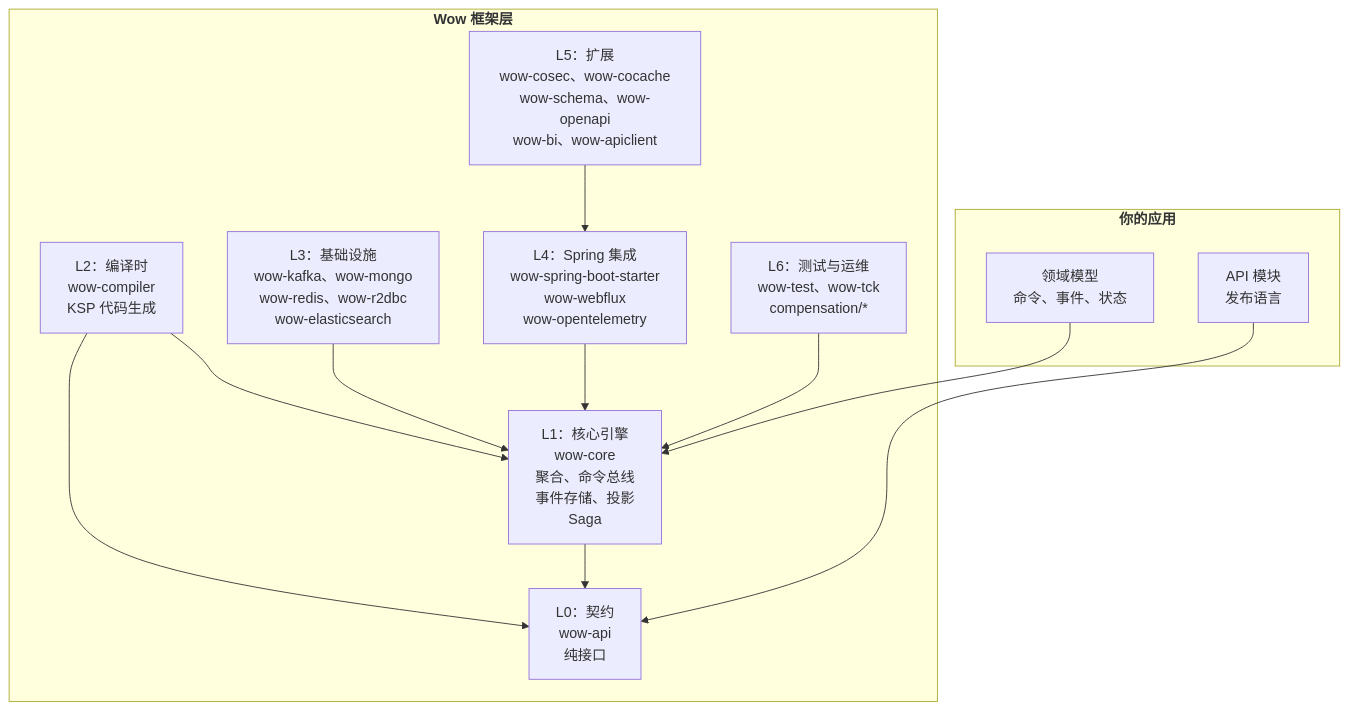
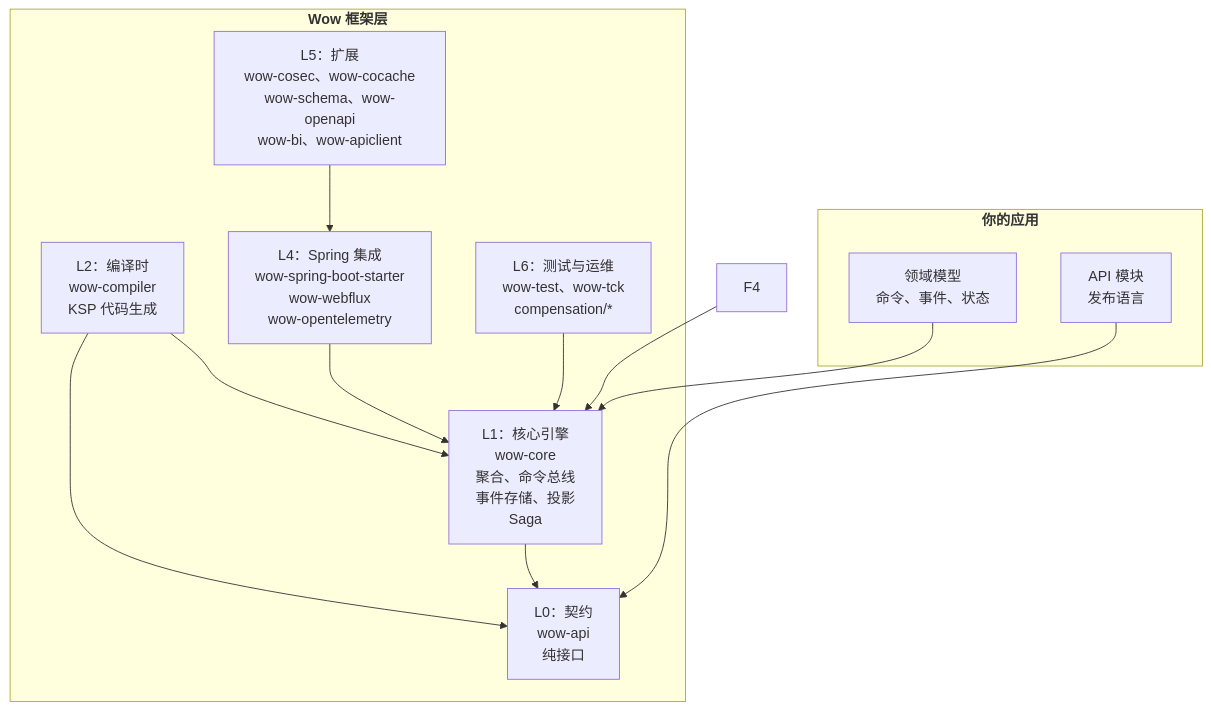
The third of 7 diagrams in documentation/docs/zh/onboarding/executive-guide.md (Ahoo-Wang/Wow), drawn with Mermaid before and after one commit. The commit also changed other lines of this file and 92 other files, not shown here.

````diff
--- a/documentation/docs/zh/onboarding/executive-guide.md
+++ b/documentation/docs/zh/onboarding/executive-guide.md
@@ -130,28 +128,27 @@
 ```mermaid
 graph TB
     subgraph APP["<b>你的应用</b>"]
         DOMAIN["领域模型<br>命令、事件、状态"]
         API["API 模块<br>发布语言"]
     end
 
     subgraph FRAMEWORK["<b>Wow 框架层</b>"]
         F1["L0：契约<br>wow-api<br>纯接口"]
         F2["L1：核心引擎<br>wow-core<br>聚合、命令总线<br>事件存储、投影<br>Saga"]
         F3["L2：编译时<br>wow-compiler<br>KSP 代码生成"]
-        F4["L3：基础设施<br>wow-kafka、wow-mongo<br>wow-redis、wow-r2dbc<br>wow-elasticsearch"]
         F5["L4：Spring 集成<br>wow-spring-boot-starter<br>wow-webflux<br>wow-opentelemetry"]
         F6["L5：扩展<br>wow-cosec、wow-cocache<br>wow-schema、wow-openapi<br>wow-bi、wow-apiclient"]
         F7["L6：测试与运维<br>wow-test、wow-tck<br>compensation/*"]
     end
 
     DOMAIN --> F2
     API --> F1
     F2 --> F1
     F3 --> F1
     F3 --> F2
     F4 --> F2
     F5 --> F2
     F6 --> F5
     F7 --> F2
 
 ```
````
